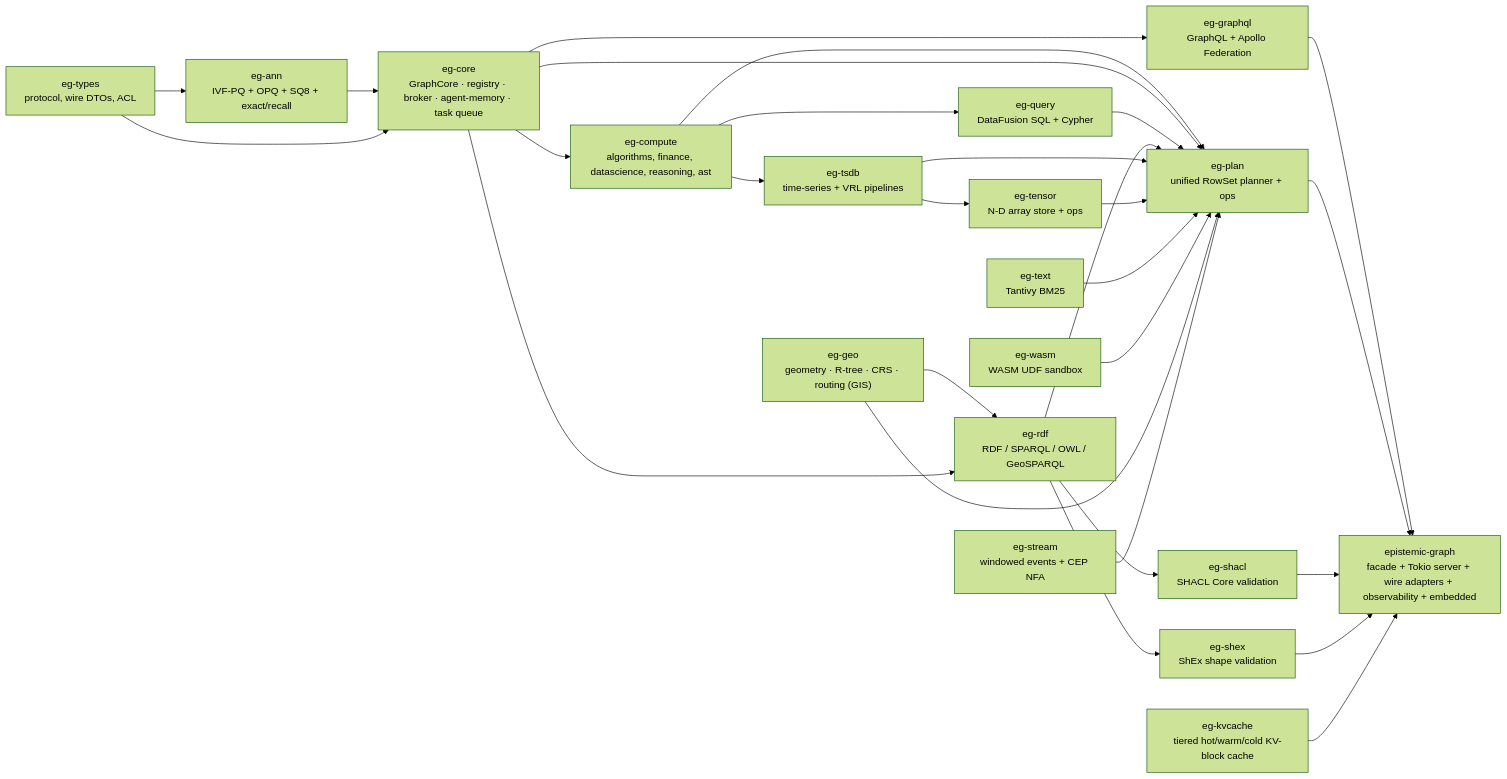
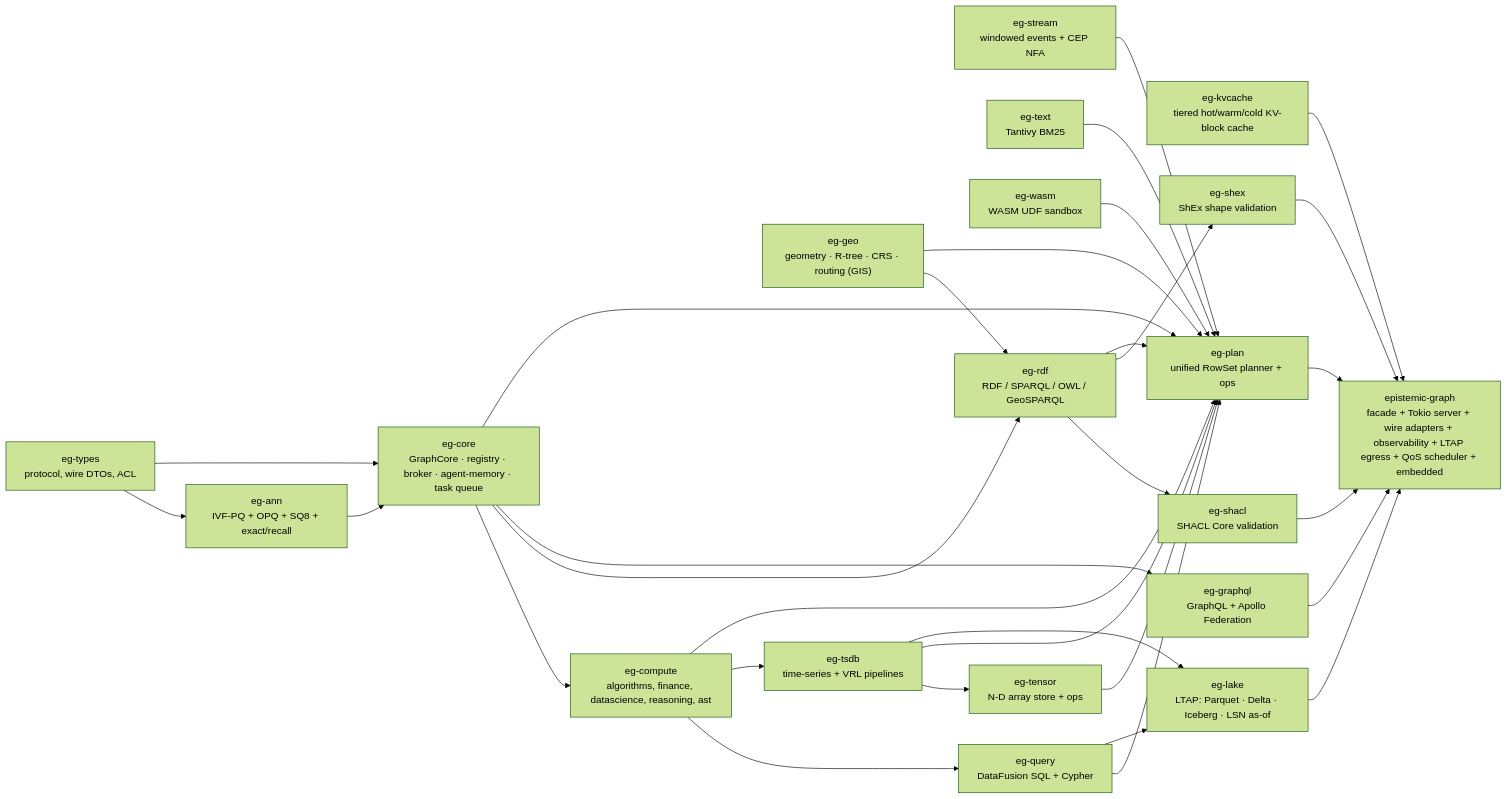
The second of 3 diagrams in docs/overview.md (Knuckles-Team/epistemic-graph), drawn with Mermaid (forest theme) before and after one commit. The commit also changed other lines of this file and 14 other files, not shown here.

````diff
--- a/docs/overview.md
+++ b/docs/overview.md
@@ -53,44 +53,47 @@
 ```mermaid
 flowchart LR
     EGT["eg-types<br/>protocol, wire DTOs, ACL"]
     EGANN["eg-ann<br/>IVF-PQ + OPQ + SQ8 + exact/recall"]
     EGGEO["eg-geo<br/>geometry · R-tree · CRS · routing (GIS)"]
     EGSTREAM["eg-stream<br/>windowed events + CEP NFA"]
     EGKV["eg-kvcache<br/>tiered hot/warm/cold KV-block cache"]
     EGTEXT["eg-text<br/>Tantivy BM25"]
     EGWASM["eg-wasm<br/>WASM UDF sandbox"]
     EGCORE["eg-core<br/>GraphCore · registry · broker · agent-memory · task queue"]
     EGCOMPUTE["eg-compute<br/>algorithms, finance, datascience, reasoning, ast"]
     EGQUERY["eg-query<br/>DataFusion SQL + Cypher"]
     EGTSDB["eg-tsdb<br/>time-series + VRL pipelines"]
     EGTENSOR["eg-tensor<br/>N-D array store + ops"]
     EGRDF["eg-rdf<br/>RDF / SPARQL / OWL / GeoSPARQL"]
     EGSHACL["eg-shacl<br/>SHACL Core validation"]
     EGSHEX["eg-shex<br/>ShEx shape validation"]
     EGPLAN["eg-plan<br/>unified RowSet planner + ops"]
     EGGQL["eg-graphql<br/>GraphQL + Apollo Federation"]
-    FACADE["epistemic-graph<br/>facade + Tokio server + wire adapters + observability + embedded"]
+    EGLAKE["eg-lake<br/>LTAP: Parquet · Delta · Iceberg · LSN as-of"]
+    FACADE["epistemic-graph<br/>facade + Tokio server + wire adapters + observability + LTAP egress + QoS scheduler + embedded"]
 
     EGT --> EGANN --> EGCORE
     EGT --> EGCORE
     EGCORE --> EGCOMPUTE --> EGQUERY
     EGCOMPUTE --> EGTSDB --> EGTENSOR
     EGGEO --> EGRDF
     EGCORE --> EGRDF --> EGSHACL
     EGRDF --> EGSHEX
     EGCORE --> EGGQL --> FACADE
     EGCOMPUTE --> EGPLAN
     EGCORE --> EGPLAN
     EGQUERY --> EGPLAN
     EGRDF --> EGPLAN
     EGTSDB --> EGPLAN
     EGTENSOR --> EGPLAN
     EGTEXT --> EGPLAN
     EGWASM --> EGPLAN
     EGGEO --> EGPLAN
     EGSTREAM --> EGPLAN
     EGPLAN --> FACADE
     EGSHACL --> FACADE
     EGSHEX --> FACADE
     EGKV --> FACADE
+    EGQUERY --> EGLAKE --> FACADE
+    EGTSDB --> EGLAKE
 ```
````
